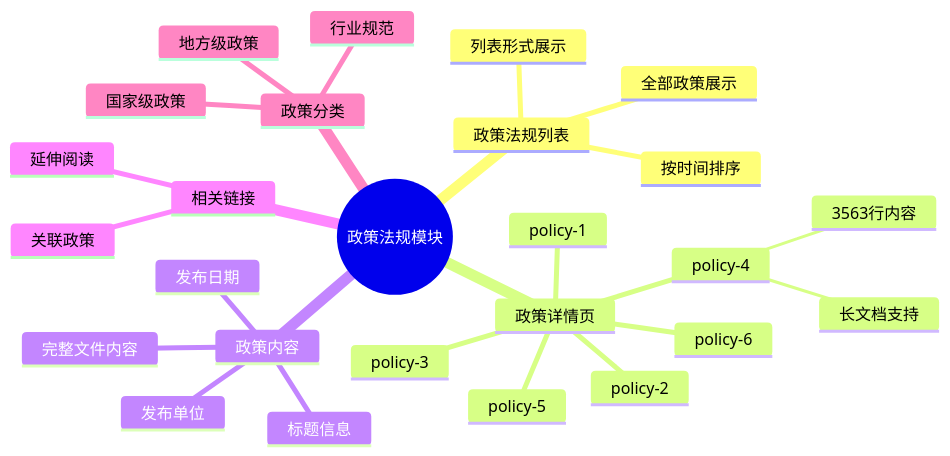
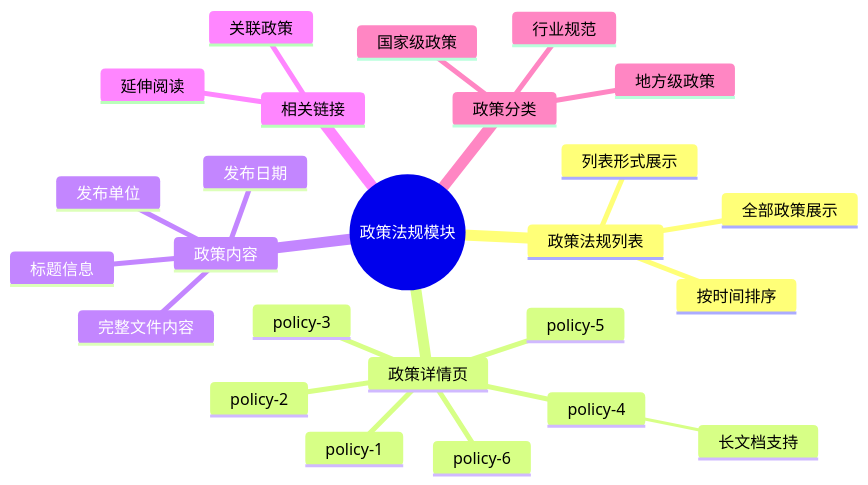
The third of 9 diagrams in 功能模块详解.md (johnchristopher4399/weather_app_hds), drawn with Mermaid before and after one commit.

Commit message:
功能模块详解_new.md

````diff
--- a/功能模块详解.md
+++ b/功能模块详解.md
@@ -160,29 +160,28 @@
 ```mermaid
 mindmap
   root((政策法规模块))
     政策法规列表
       全部政策展示
       按时间排序
       列表形式展示
     政策详情页
       policy-1
       policy-2
       policy-3
       policy-4
         长文档支持
-        3563行内容
       policy-5
       policy-6
     政策内容
       完整文件内容
       标题信息
       发布单位
       发布日期
     相关链接
       延伸阅读
       关联政策
     政策分类
       国家级政策
       地方级政策
       行业规范
 ```
````
